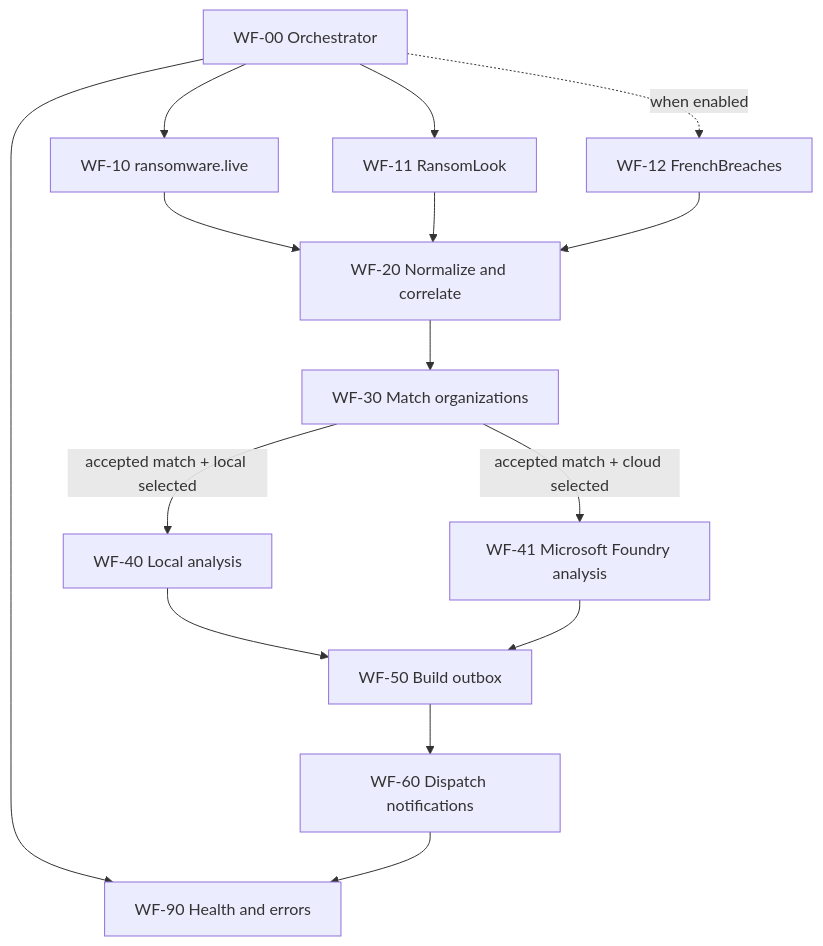
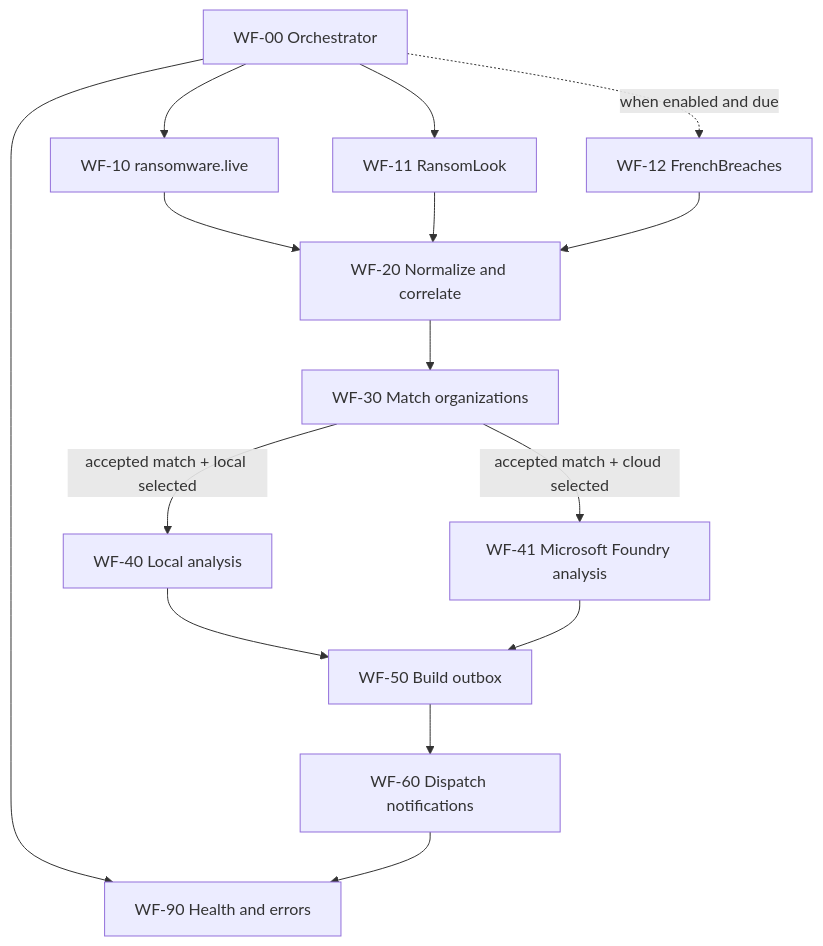
The third of 6 diagrams in docs/architecture/architecture.md (DimLeon009/threat-claim-monitor), drawn with Mermaid before and after one commit. The commit also changed 17 other files, not shown here.

````diff
--- a/docs/architecture/architecture.md
+++ b/docs/architecture/architecture.md
@@ -188,29 +188,29 @@
 ```mermaid
 flowchart TB
     W00["WF-00 Orchestrator"]
     W10["WF-10 ransomware.live"]
     W11["WF-11 RansomLook"]
     W12["WF-12 FrenchBreaches"]
     W20["WF-20 Normalize and correlate"]
     W30["WF-30 Match organizations"]
     W40["WF-40 Local analysis"]
     W41["WF-41 Microsoft Foundry analysis"]
     W50["WF-50 Build outbox"]
     W60["WF-60 Dispatch notifications"]
     W90["WF-90 Health and errors"]
 
     W00 --> W10
     W00 --> W11
-    W00 -. "when enabled" .-> W12
+    W00 -. "when enabled and due" .-> W12
     W10 --> W20
     W11 --> W20
     W12 --> W20
     W20 --> W30
     W30 -->|"accepted match + local selected"| W40
     W30 -->|"accepted match + cloud selected"| W41
     W40 --> W50
     W41 --> W50
     W50 --> W60
     W00 --> W90
     W60 --> W90
 ```
````
